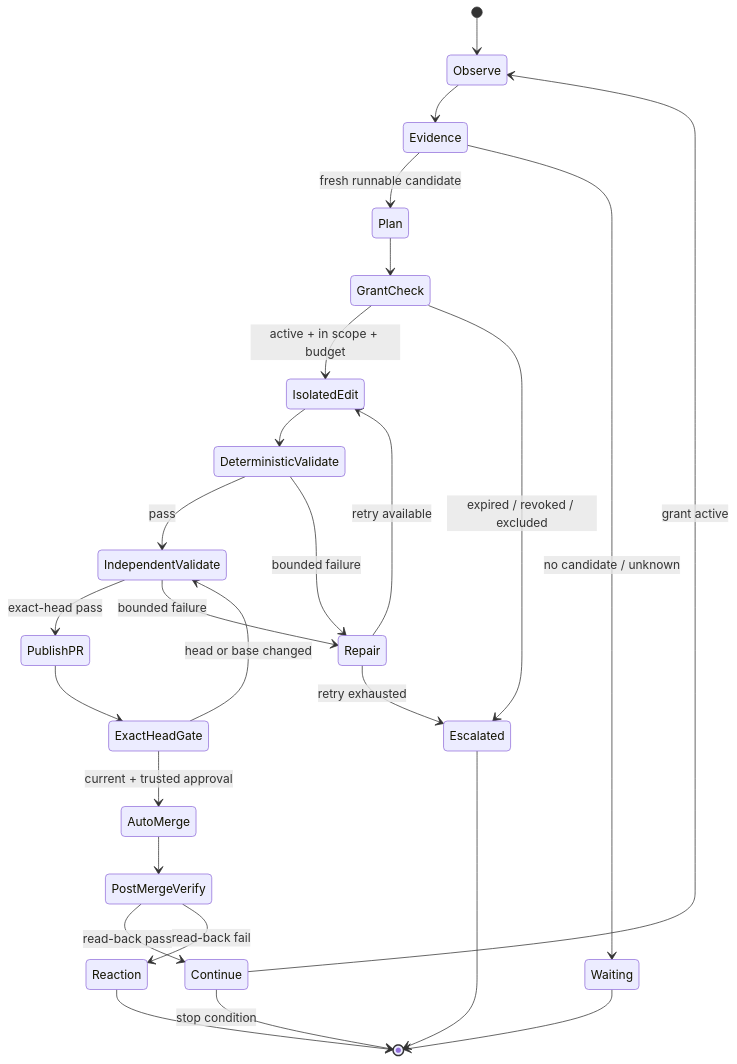
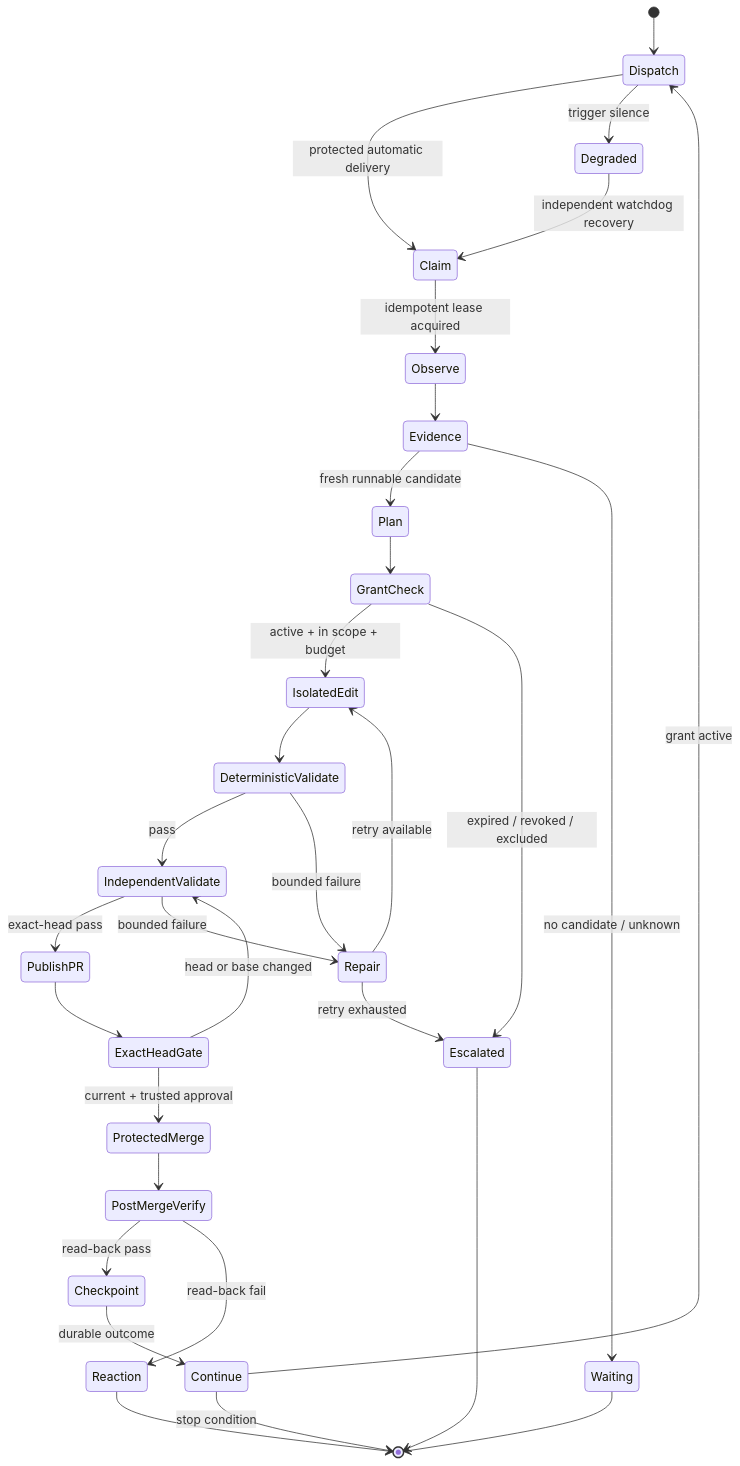
Before and after one commit to wellmanifest/autonomy: the first of 2 diagrams in docs/LOGIC_FLOW.md, drawn with Mermaid. The commit also changed other lines of this file and 17 other files, not shown here.

````diff
--- a/docs/LOGIC_FLOW.md
+++ b/docs/LOGIC_FLOW.md
@@ -5,28 +5,33 @@
 ```mermaid
 stateDiagram-v2
-    [*] --> Observe
+    [*] --> Dispatch
+    Dispatch --> Claim: protected automatic delivery
+    Dispatch --> Degraded: trigger silence
+    Degraded --> Claim: independent watchdog recovery
+    Claim --> Observe: idempotent lease acquired
     Observe --> Evidence
     Evidence --> Plan: fresh runnable candidate
     Evidence --> Waiting: no candidate / unknown
     Plan --> GrantCheck
     GrantCheck --> IsolatedEdit: active + in scope + budget
     GrantCheck --> Escalated: expired / revoked / excluded
     IsolatedEdit --> DeterministicValidate
     DeterministicValidate --> IndependentValidate: pass
     DeterministicValidate --> Repair: bounded failure
     IndependentValidate --> PublishPR: exact-head pass
     IndependentValidate --> Repair: bounded failure
     Repair --> IsolatedEdit: retry available
     Repair --> Escalated: retry exhausted
     PublishPR --> ExactHeadGate
     ExactHeadGate --> IndependentValidate: head or base changed
-    ExactHeadGate --> AutoMerge: current + trusted approval
-    AutoMerge --> PostMergeVerify
-    PostMergeVerify --> Continue: read-back pass
+    ExactHeadGate --> ProtectedMerge: current + trusted approval
+    ProtectedMerge --> PostMergeVerify
+    PostMergeVerify --> Checkpoint: read-back pass
+    Checkpoint --> Continue: durable outcome
     PostMergeVerify --> Reaction: read-back fail
-    Continue --> Observe: grant active
+    Continue --> Dispatch: grant active
     Continue --> [*]: stop condition
     Waiting --> [*]
     Escalated --> [*]
     Reaction --> [*]
 ```
````
